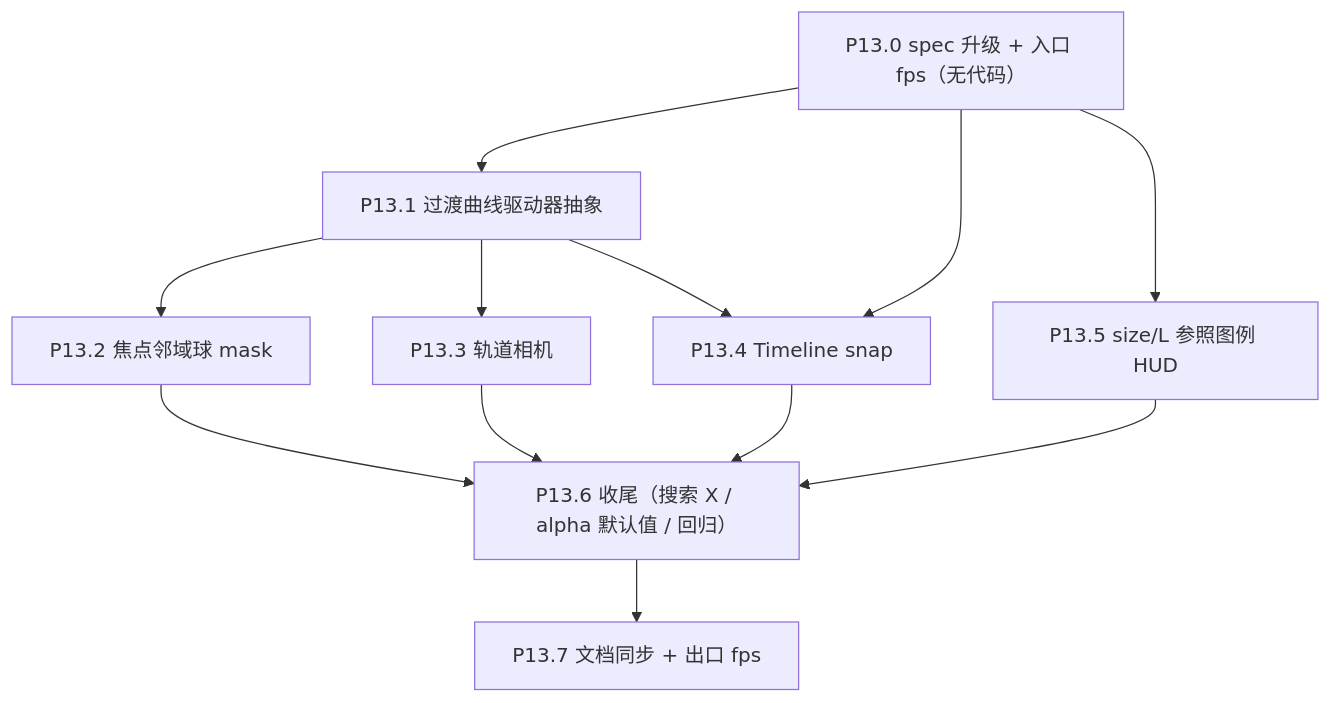
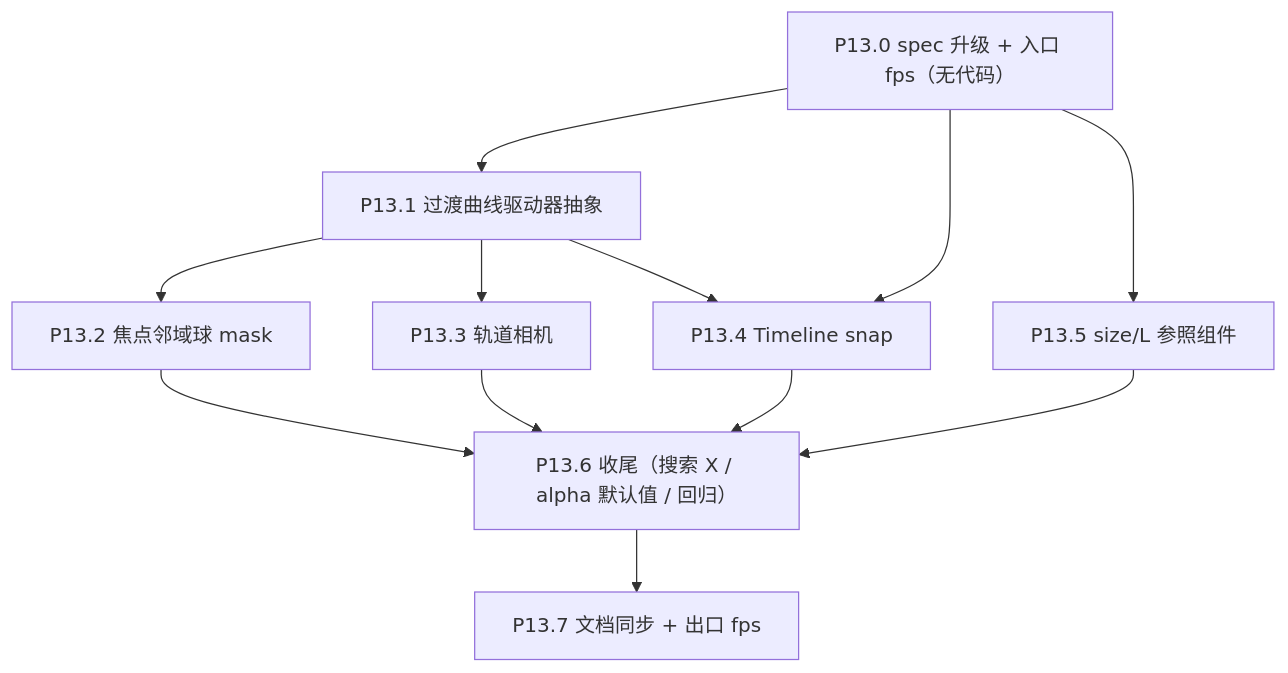
The diagram in .cursor/plans/phase_13_focus_experience_ab016b85.plan.md (XYBuilds/chronicle_v3_3d_galaxy), drawn with Mermaid before and after one commit. The commit also changed other lines of this file, not shown here.

First line of the commit message:
feat(focus): update P13.5 size/L reference components in focus experience

````diff
--- a/.cursor/plans/phase_13_focus_experience_ab016b85.plan.md
+++ b/.cursor/plans/phase_13_focus_experience_ab016b85.plan.md
@@ -64,23 +65,23 @@
 ```mermaid
 flowchart TD
     P130["P13.0 spec 升级 + 入口 fps（无代码）"]
     P131["P13.1 过渡曲线驱动器抽象"]
     P132["P13.2 焦点邻域球 mask"]
     P133["P13.3 轨道相机"]
     P134["P13.4 Timeline snap"]
-    P135["P13.5 size/L 参照图例 HUD"]
+    P135["P13.5 size/L 参照组件"]
     P136["P13.6 收尾（搜索 X / alpha 默认值 / 回归）"]
     P137["P13.7 文档同步 + 出口 fps"]
 
     P130 --> P131
     P130 --> P134
     P130 --> P135
     P131 --> P132
     P131 --> P133
     P131 --> P134
     P132 --> P136
     P133 --> P136
     P134 --> P136
     P135 --> P136
     P136 --> P137
 ```
````
